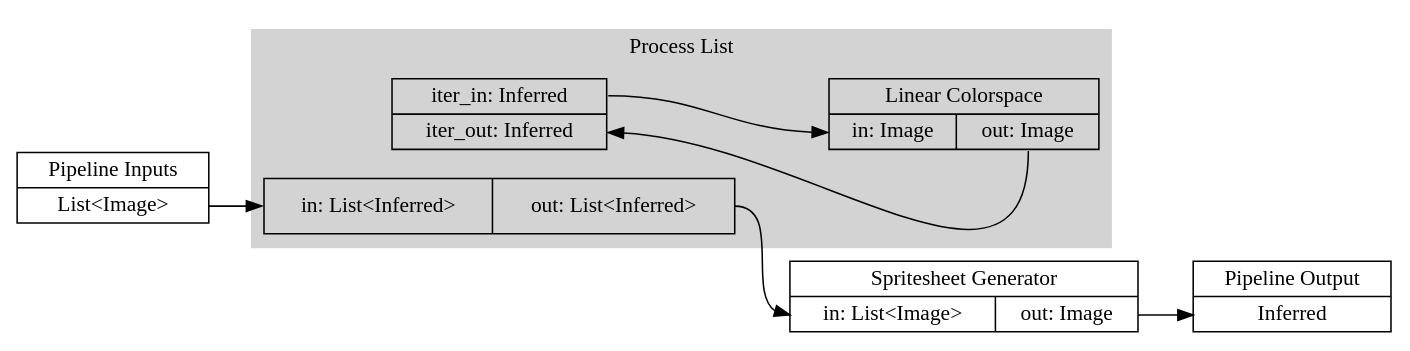
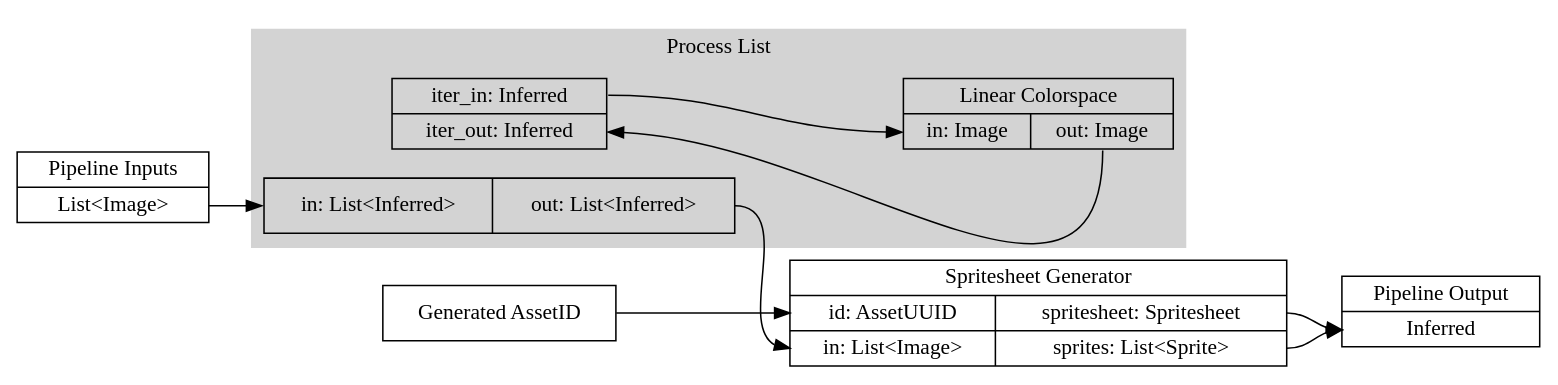
The diagram in docs/graphics/ux/pipeline_ux_spritesheet_gen_with_list.dot (amethyst/distill), drawn with Graphviz before and after one commit. The commit also changed 1 other file, not shown here.

Commit message:
Update spritesheet gen example

```diff
--- a/docs/graphics/ux/pipeline_ux_spritesheet_gen_with_list.dot
+++ b/docs/graphics/ux/pipeline_ux_spritesheet_gen_with_list.dot
@@ -1,20 +1,22 @@
 digraph import {
     rankdir=LR
     pipeline_inputs [shape=record, label="Pipeline Inputs|<out>List\<Image\>"];
     pipeline_output [shape=record, label="Pipeline Output|<in>Inferred"];
-    spritesheet_gen [shape=record, label="Spritesheet Generator|{<in>in: List\<Image\>|<out>out: Image}"];
+    new_asset_uuid [shape=record, label="Generated AssetID"];
+    spritesheet_gen [shape=record, label="Spritesheet Generator|{{<id_in>id: AssetUUID|<in>in: List\<Image\>}|{<out>spritesheet: Spritesheet|<sprites_out>sprites: List\<Sprite\>}}"];
     subgraph cluster_process_list {
         style=filled;
         color=lightgrey;
         iter [shape=record, label="<in>iter_in: Inferred|<out>iter_out: Inferred"];
         map_input [shape=record, label="{<in>in: List\<Inferred\>|<out>out: List\<Inferred\>}"];
         linear_colorspace [shape=record, label="Linear Colorspace|{<in>in: Image|<out>out: Image}"];
         iter:in -> linear_colorspace:in
         linear_colorspace:out -> iter:out
         label="Process List";
     }
     pipeline_inputs:out -> map_input:in
     map_input:out -> spritesheet_gen:in
+    new_asset_uuid -> spritesheet_gen:id_in
     spritesheet_gen:out -> pipeline_output:in
-    
+    spritesheet_gen:sprites_out -> pipeline_output:in
 }
```
